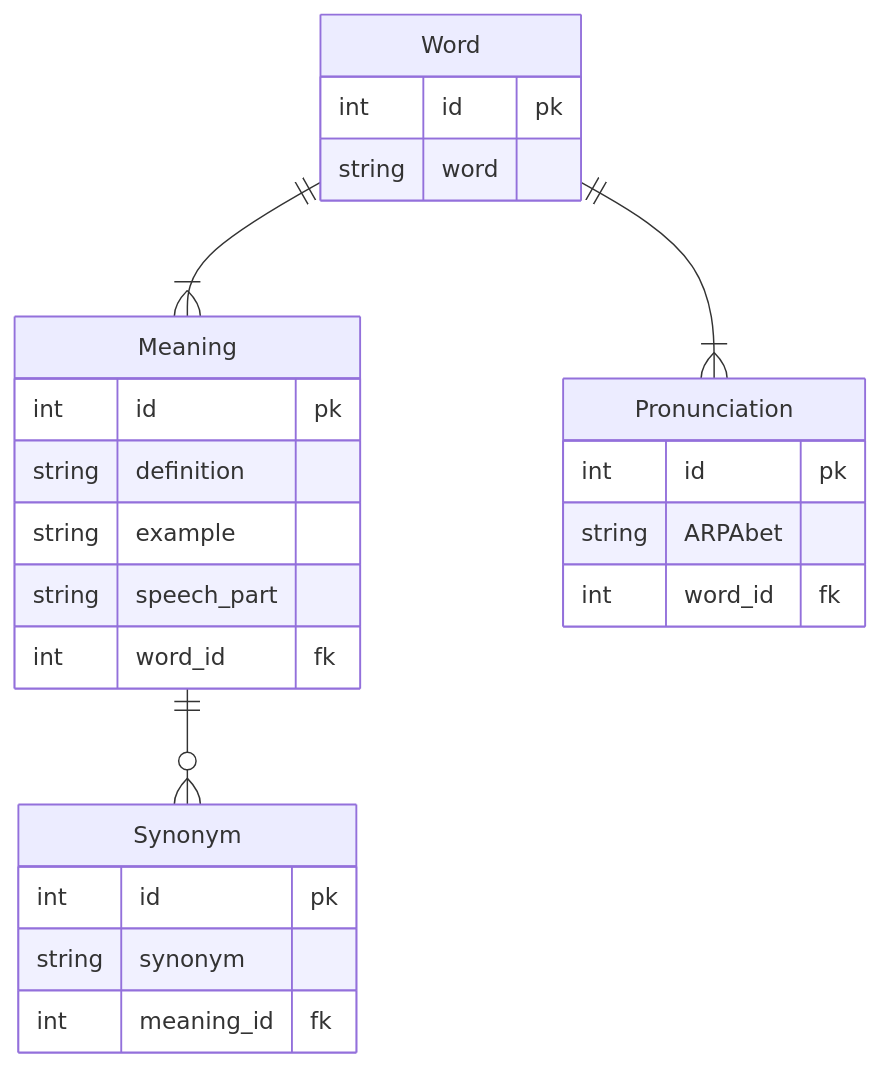
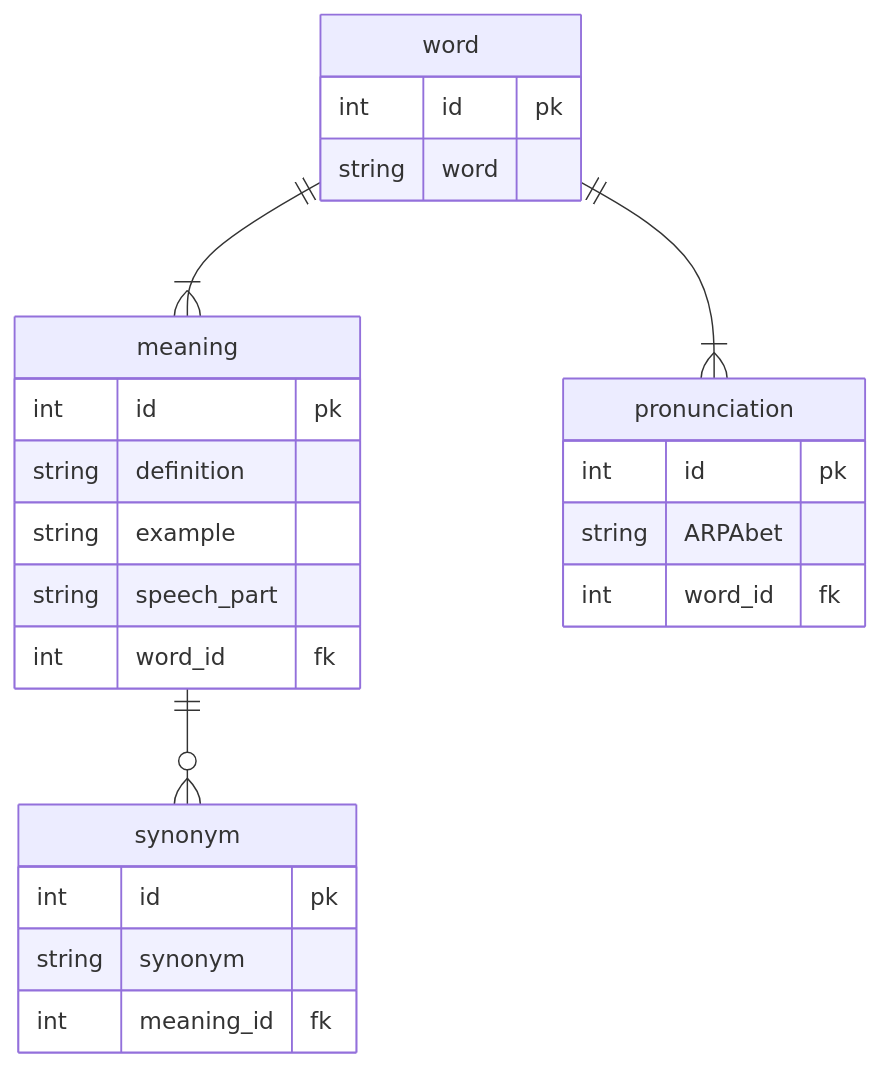
The first of 2 diagrams in README.md (peterchinman/random-word-generator), drawn with Mermaid before and after one commit. The commit also changed other lines of this file and 2 other files, not shown here.

Commit message:
First-pass of save_to_database()

````diff
--- a/README.md
+++ b/README.md
@@ -4,30 +5,30 @@
 ```mermaid
 ---
-title Dictionary
+title Database
 ---
 erDiagram
-    Word||--|{Meaning : ""
-    Meaning {
+    word||--|{meaning : ""
+    meaning {
         int id pk
         string definition
         string example
         string speech_part
         int word_id fk
     }
-    Meaning||--o{Synonym : ""
-    Word{
+    meaning||--o{synonym : ""
+    word{
         int id pk
         string word
     }
-    Synonym{
+    synonym{
         int id pk
         string synonym
         int meaning_id fk
     }
-    Word||--|{Pronunciation : ""
-    Pronunciation {
+    word||--|{pronunciation : ""
+    pronunciation {
         int id pk
         string ARPAbet
         int word_id fk
     }
 ```
````
